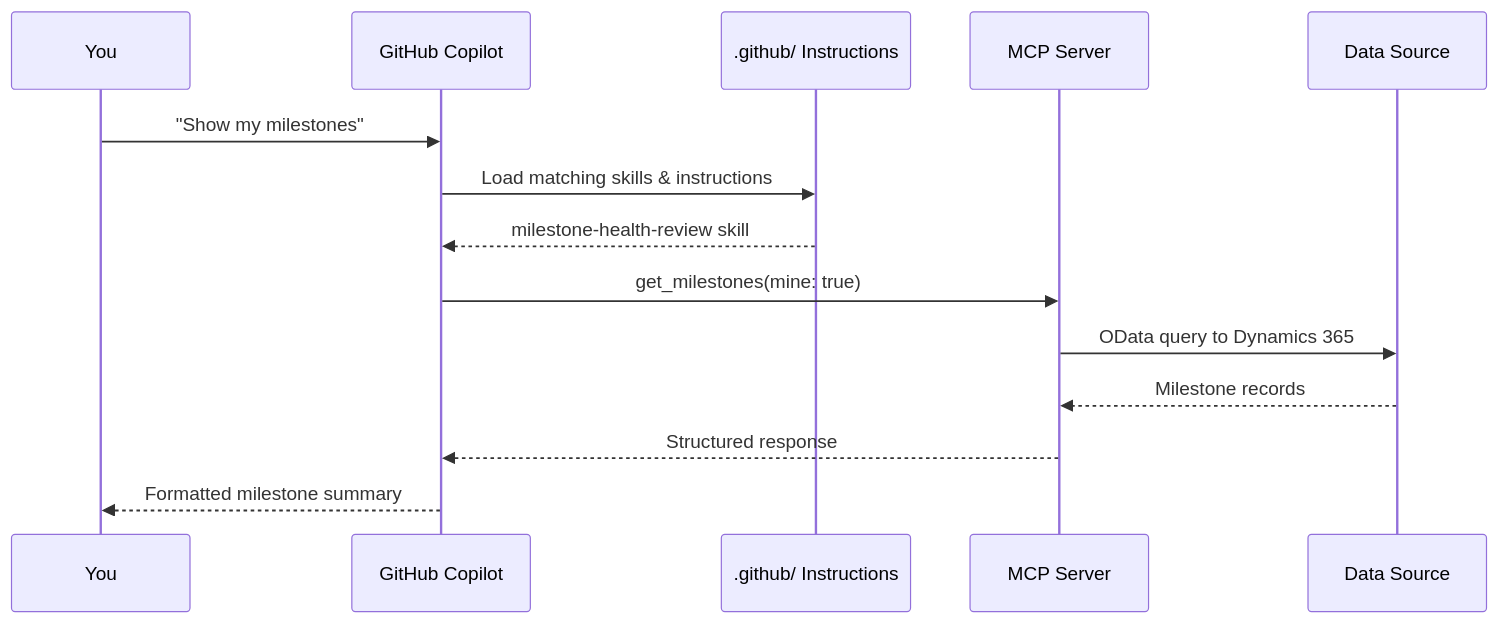
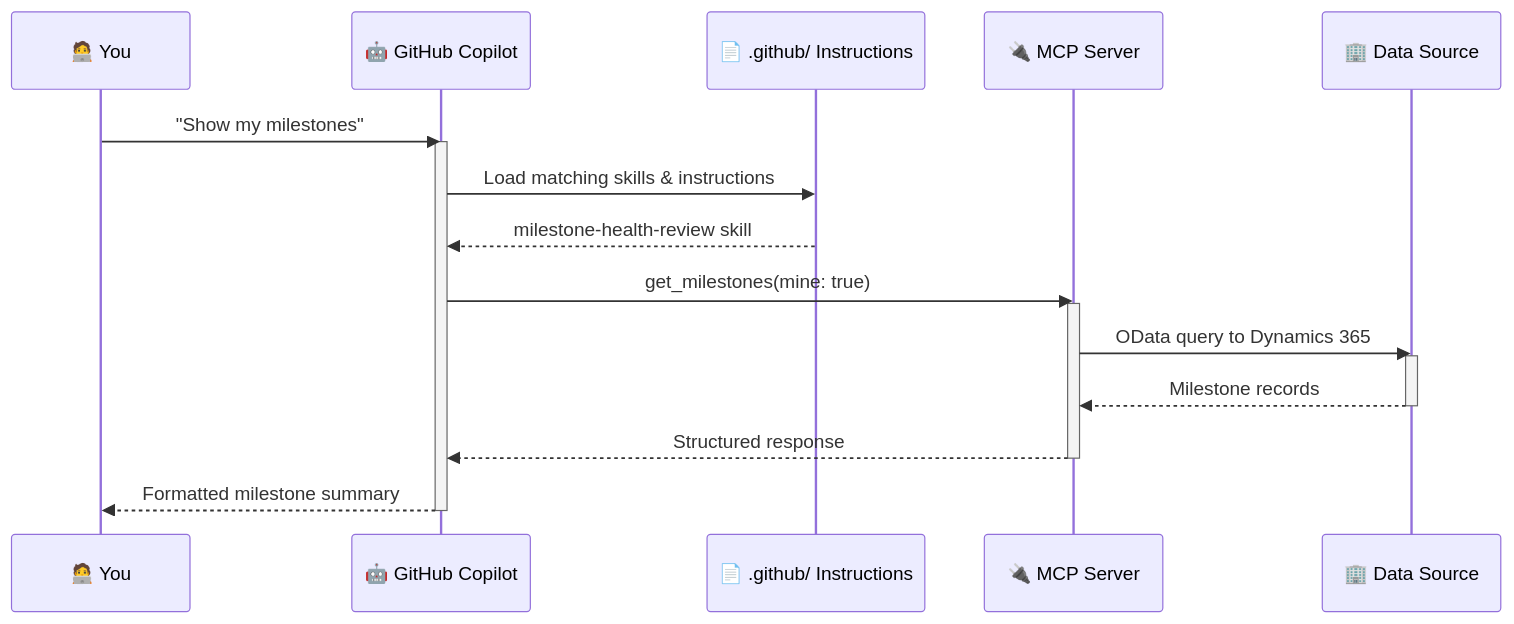
The diagram in site/docs/architecture/overview.md (mjhoffmeister/MCAPS-IQ), drawn with Mermaid before and after one commit. The commit also changed other lines of this file and 57 other files, not shown here.

Commit message:
Refactor mkdocs configuration: remove navigation.expand, update mermaid format, and reorganize nav structure

````diff
--- a/site/docs/architecture/overview.md
+++ b/site/docs/architecture/overview.md
@@ -34,17 +36,23 @@
 ```mermaid
 sequenceDiagram
-    participant U as You
-    participant C as GitHub Copilot
-    participant I as .github/ Instructions
-    participant M as MCP Server
-    participant D as Data Source
+    participant U as 🧑‍💻 You
+    participant C as 🤖 GitHub Copilot
+    participant I as 📄 .github/ Instructions
+    participant M as 🔌 MCP Server
+    participant D as 🏢 Data Source
 
     U->>C: "Show my milestones"
+    activate C
     C->>I: Load matching skills & instructions
     I-->>C: milestone-health-review skill
     C->>M: get_milestones(mine: true)
+    activate M
     M->>D: OData query to Dynamics 365
+    activate D
     D-->>M: Milestone records
+    deactivate D
     M-->>C: Structured response
+    deactivate M
     C-->>U: Formatted milestone summary
+    deactivate C
 ```
````
